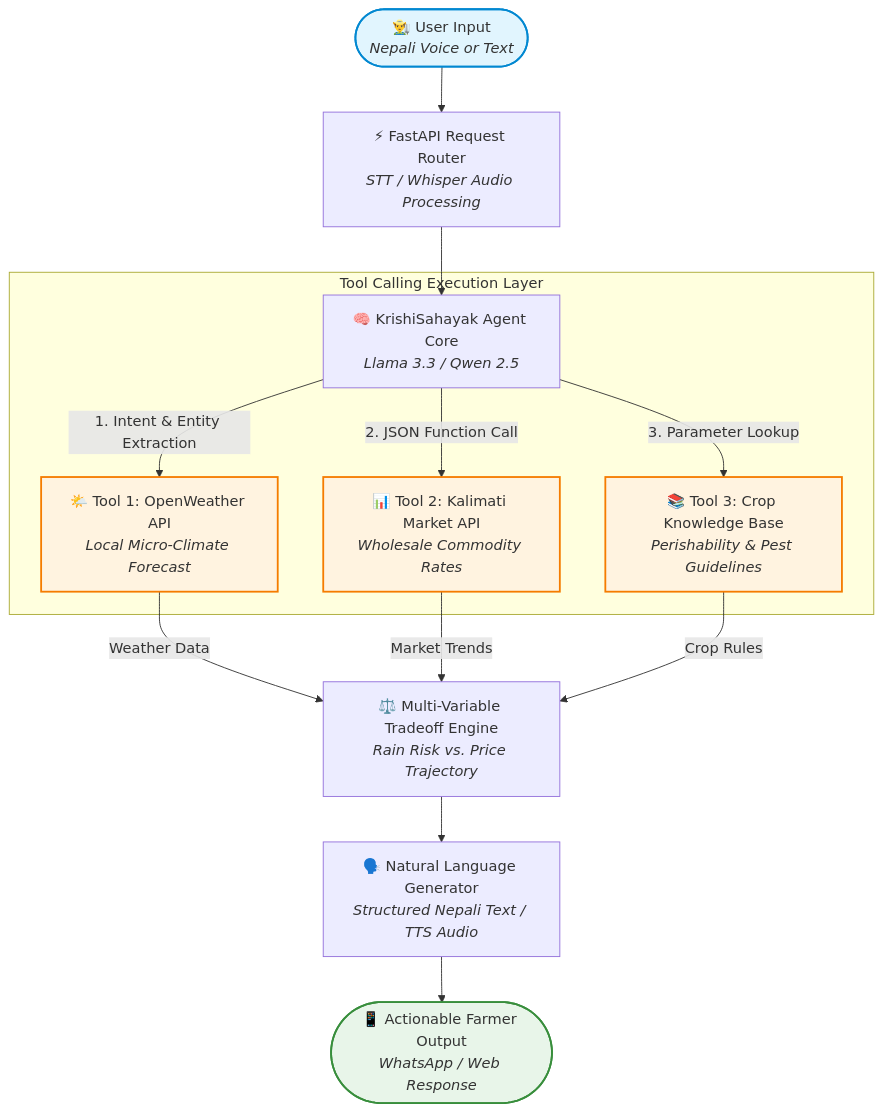
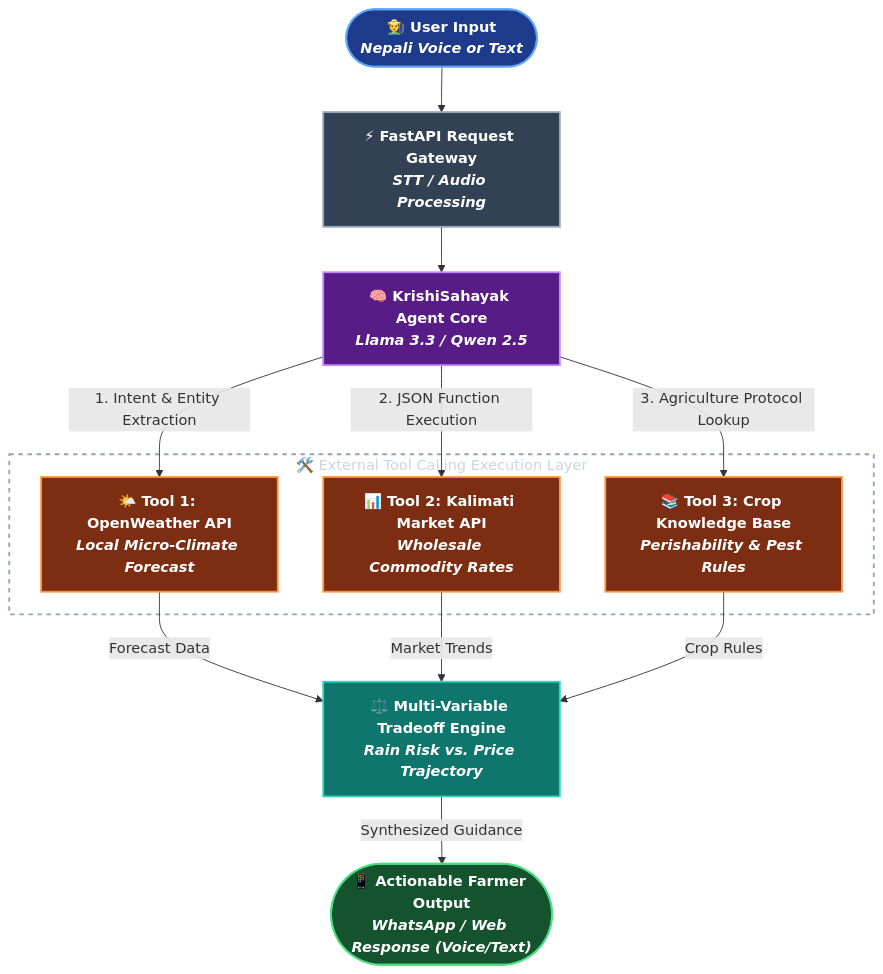
The diagram in README.md (Nirvik-49/krishi-sahayak), drawn with Mermaid before and after one commit. The commit also changed other lines of this file, not shown here.

Commit message:
Revise project architecture and tool calling flow
Updated project architecture diagram with new styles and tool calling flow.

````diff
--- a/README.md
+++ b/README.md
@@ -39,23 +41,40 @@
 ```mermaid
 graph TD
-    classDef user fill:#e1f5fe,stroke:#0288d1,stroke-width:2px;
-    classDef agent fill:#f3e5f5,stroke:#7b1fa2,stroke-width:2px;
-    classDef tools fill:#fff3e0,stroke:#f57c00,stroke-width:2px;
-    classDef output fill:#e8f5e9,stroke:#388e3c,stroke-width:2px;
+    %% Color Palette Definition: Dark Fills + Bright Strokes + Pure White Text
+    classDef userStyle fill:#1e3a8a,stroke:#60a5fa,stroke-width:2px,color:#ffffff,font-weight:bold;
+    classDef gatewayStyle fill:#334155,stroke:#94a3b8,stroke-width:2px,color:#ffffff,font-weight:bold;
+    classDef coreStyle fill:#581c87,stroke:#c084fc,stroke-width:2px,color:#ffffff,font-weight:bold;
+    classDef toolStyle fill:#7c2d12,stroke:#fb923c,stroke-width:2px,color:#ffffff,font-weight:bold;
+    classDef engineStyle fill:#0f766e,stroke:#2dd4bf,stroke-width:2px,color:#ffffff,font-weight:bold;
+    classDef outputStyle fill:#14532d,stroke:#4ade80,stroke-width:2px,color:#ffffff,font-weight:bold;
 
-    User(["👨‍🌾 User Input<br/><i>Nepali Voice or Text</i>"]):::user --> API["⚡ FastAPI Request Router<br/><i>STT / Whisper Audio Processing</i>"]
-    API --> Core["🧠 KrishiSahayak Agent Core<br/><i>Llama 3.3 / Qwen 2.5</i>"]
+    User(["👨‍🌾 User Input<br/><i>Nepali Voice or Text</i>"]):::userStyle
+    API["⚡ FastAPI Request Gateway<br/><i>STT / Audio Processing</i>"]:::gatewayStyle
+    Core["🧠 KrishiSahayak Agent Core<br/><i>Llama 3.3 / Qwen 2.5</i>"]:::coreStyle
 
-    subgraph Tool Calling Execution Layer
-        Core -->|"1. Intent & Entity Extraction"| Tool1["🌤️ Tool 1: OpenWeather API<br/><i>Local Micro-Climate Forecast</i>"]:::tools
-        Core -->|"2. JSON Function Call"| Tool2["📊 Tool 2: Kalimati Market API<br/><i>Wholesale Commodity Rates</i>"]:::tools
-        Core -->|"3. Parameter Lookup"| Tool3["📚 Tool 3: Crop Knowledge Base<br/><i>Perishability & Pest Guidelines</i>"]:::tools
+    User --> API
+    API --> Core
+
+    subgraph Tools["🛠️ External Tool Calling Execution Layer"]
+        Tool1["🌤️ Tool 1: OpenWeather API<br/><i>Local Micro-Climate Forecast</i>"]:::toolStyle
+        Tool2["📊 Tool 2: Kalimati Market API<br/><i>Wholesale Commodity Rates</i>"]:::toolStyle
+        Tool3["📚 Tool 3: Crop Knowledge Base<br/><i>Perishability & Pest Rules</i>"]:::toolStyle
     end
 
-    Tool1 -->|"Weather Data"| Engine["⚖️ Multi-Variable Tradeoff Engine<br/><i>Rain Risk vs. Price Trajectory</i>"]
+    Core -->|"1. Intent & Entity Extraction"| Tool1
+    Core -->|"2. JSON Function Execution"| Tool2
+    Core -->|"3. Agriculture Protocol Lookup"| Tool3
+
+    Engine["⚖️ Multi-Variable Tradeoff Engine<br/><i>Rain Risk vs. Price Trajectory</i>"]:::engineStyle
+
+    Tool1 -->|"Forecast Data"| Engine
     Tool2 -->|"Market Trends"| Engine
     Tool3 -->|"Crop Rules"| Engine
 
-    Engine --> Synthesis["🗣️ Natural Language Generator<br/><i>Structured Nepali Text / TTS Audio</i>"]
-    Synthesis --> Output(["📱 Actionable Farmer Output<br/><i>WhatsApp / Web Response</i>"]):::output
+    Output(["📱 Actionable Farmer Output<br/><i>WhatsApp / Web Response (Voice/Text)</i>"]):::outputStyle
+
+    Engine -->|"Synthesized Guidance"| Output
+
+    %% Subgraph Box Styling (Transparent with Dashed Border)
+    style Tools fill:none,stroke:#94a3b8,stroke-width:2px,stroke-dasharray:5 5,color:#cbd5e1
 ```
````
